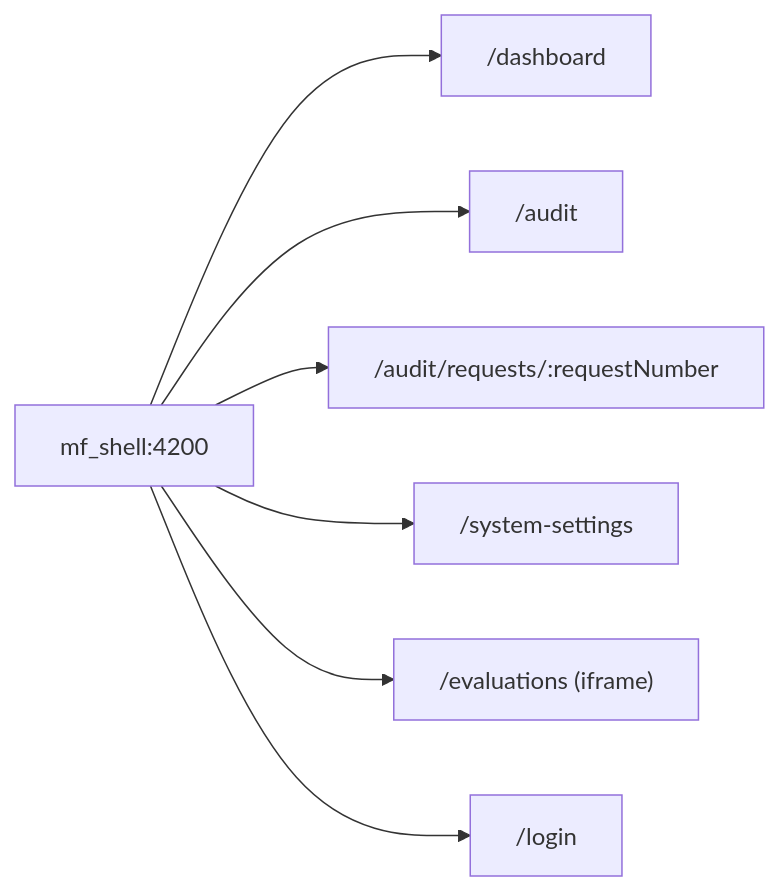
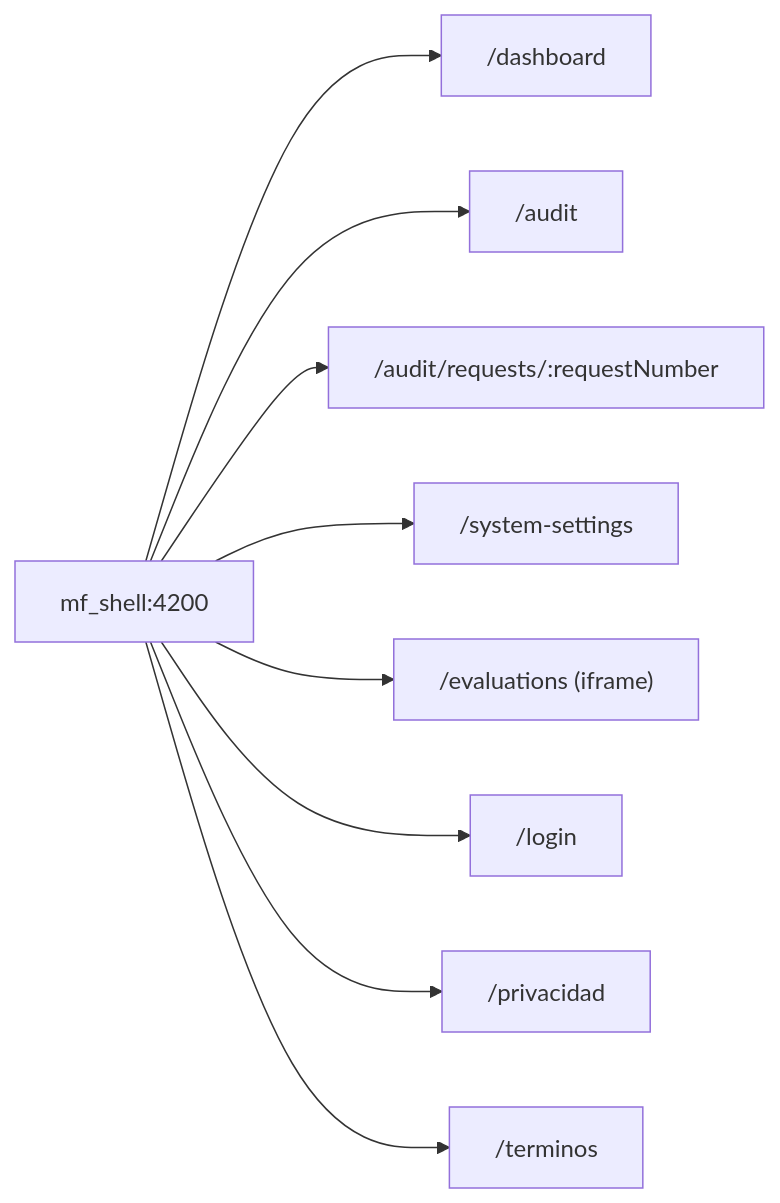
Before and after one commit to jdtovar07/MSPI_NVA_CO_DOCS: the third of 4 diagrams in Documentacion-Frontend/mf_shell/03-Diseno.md, drawn with Mermaid. The commit also changed other lines of this file and 2 other files, not shown here.

````diff
--- a/Documentacion-Frontend/mf_shell/03-Diseno.md
+++ b/Documentacion-Frontend/mf_shell/03-Diseno.md
@@ -233,10 +233,12 @@
 ```mermaid
 flowchart LR
     Root["mf_shell:4200"]
     Root --> R0["/dashboard"]
     Root --> R1["/audit"]
     Root --> R2["/audit/requests/:requestNumber"]
     Root --> R3["/system-settings"]
     Root --> R4["/evaluations (iframe)"]
     Root --> R5["/login"]
+    Root --> R6["/privacidad"]
+    Root --> R7["/terminos"]
 ```
````
